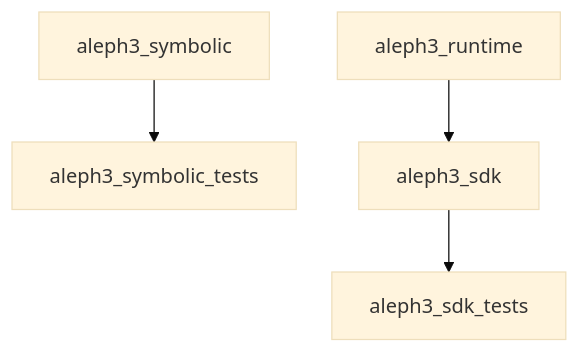
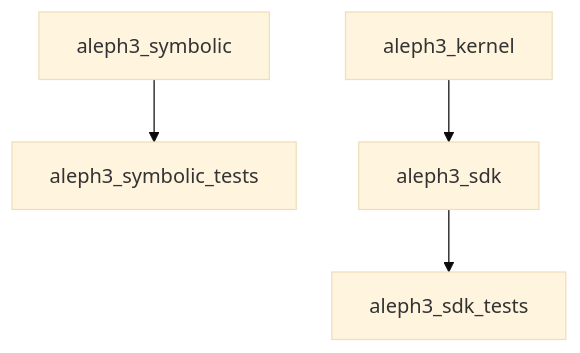
Before and after one commit to sergiorf/aleph3: the second of 2 diagrams in docs/sdk/README.md, drawn with Mermaid (base theme). The commit also changed other lines of this file and 25 other files, not shown here.

````diff
--- a/docs/sdk/README.md
+++ b/docs/sdk/README.md
@@ -60,6 +61,6 @@
 ```mermaid
 flowchart TD
     Symbolic["aleph3_symbolic"] --> SymbolicTests["aleph3_symbolic_tests"]
-    Runtime["aleph3_runtime"] --> Sdk["aleph3_sdk"]
+    Kernel["aleph3_kernel"] --> Sdk["aleph3_sdk"]
     Sdk --> SdkTests["aleph3_sdk_tests"]
 ```
````
